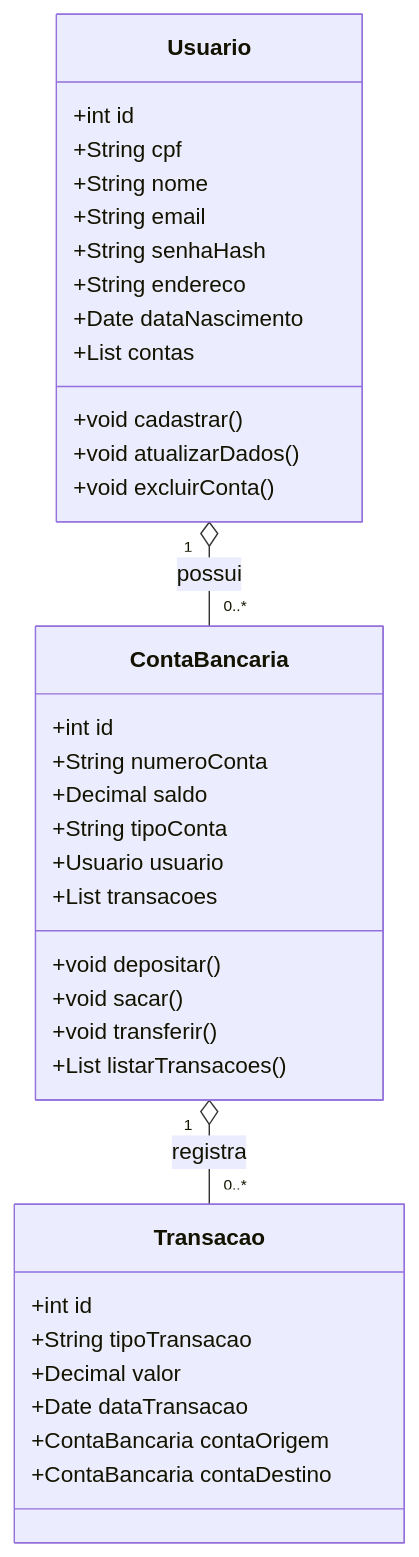
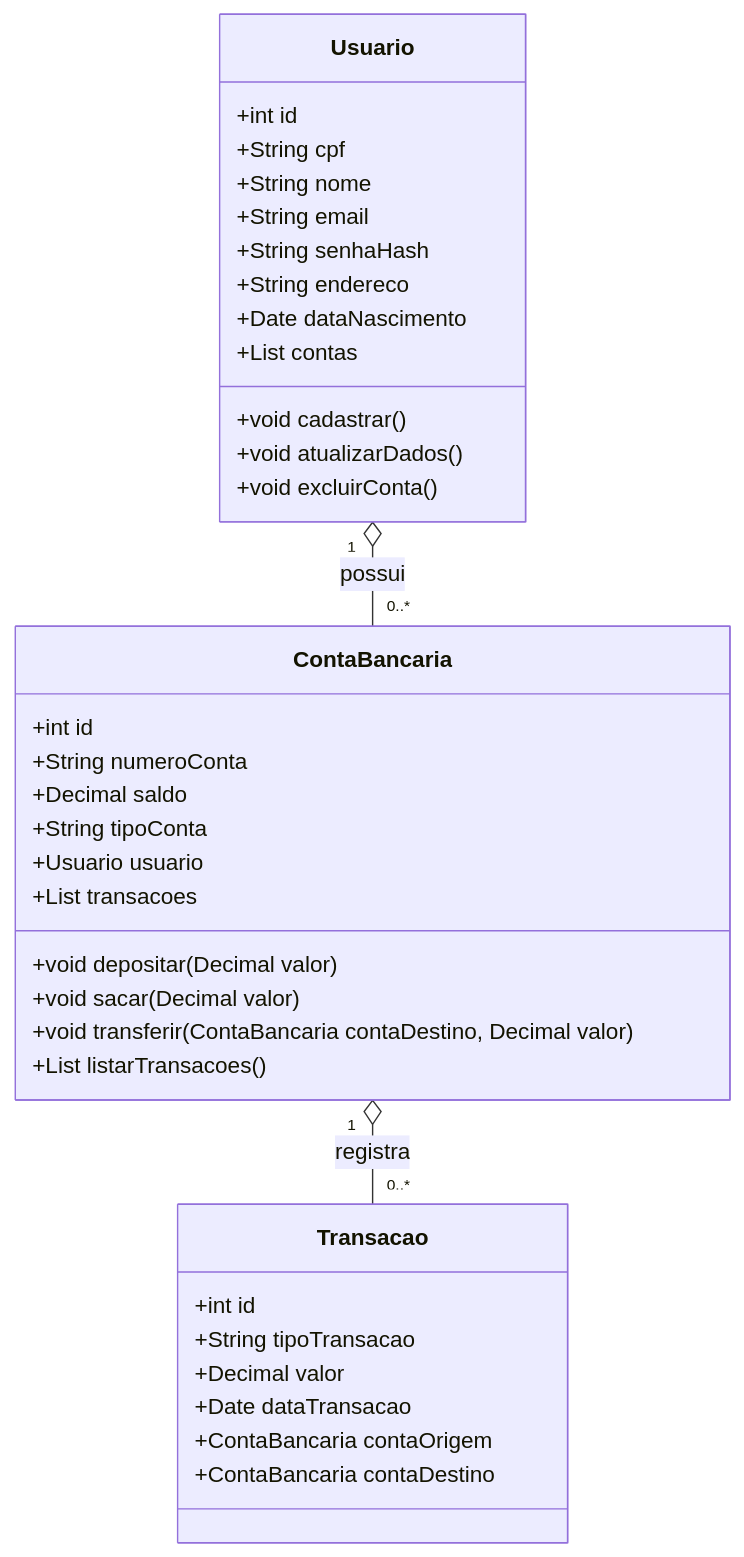
The diagram in somativa_java/README.md (DaviEspinosa/JAVA_4SEM), drawn with Mermaid before and after one commit.

````diff
--- a/somativa_java/README.md
+++ b/somativa_java/README.md
@@ -58,38 +58,38 @@
 ```mermaid
 classDiagram
     class Usuario {
         +int id
         +String cpf
         +String nome
         +String email
         +String senhaHash
         +String endereco
         +Date dataNascimento
         +List<ContaBancaria> contas
         +void cadastrar()
         +void atualizarDados()
         +void excluirConta()
     }
     class ContaBancaria {
         +int id
         +String numeroConta
         +Decimal saldo
         +String tipoConta
         +Usuario usuario
-        +void depositar()
-        +void sacar()
-        +void transferir()
+        +void depositar(Decimal valor)
+        +void sacar(Decimal valor)
+        +void transferir(ContaBancaria contaDestino, Decimal valor)
         +List<Transacao> transacoes
         +List<Transacao> listarTransacoes()
     }
     class Transacao {
         +int id
         +String tipoTransacao
         +Decimal valor
         +Date dataTransacao
         +ContaBancaria contaOrigem
         +ContaBancaria contaDestino
     }
     Usuario "1" o-- "0..*" ContaBancaria : possui
     ContaBancaria "1" o-- "0..*" Transacao : registra
 ```
````
